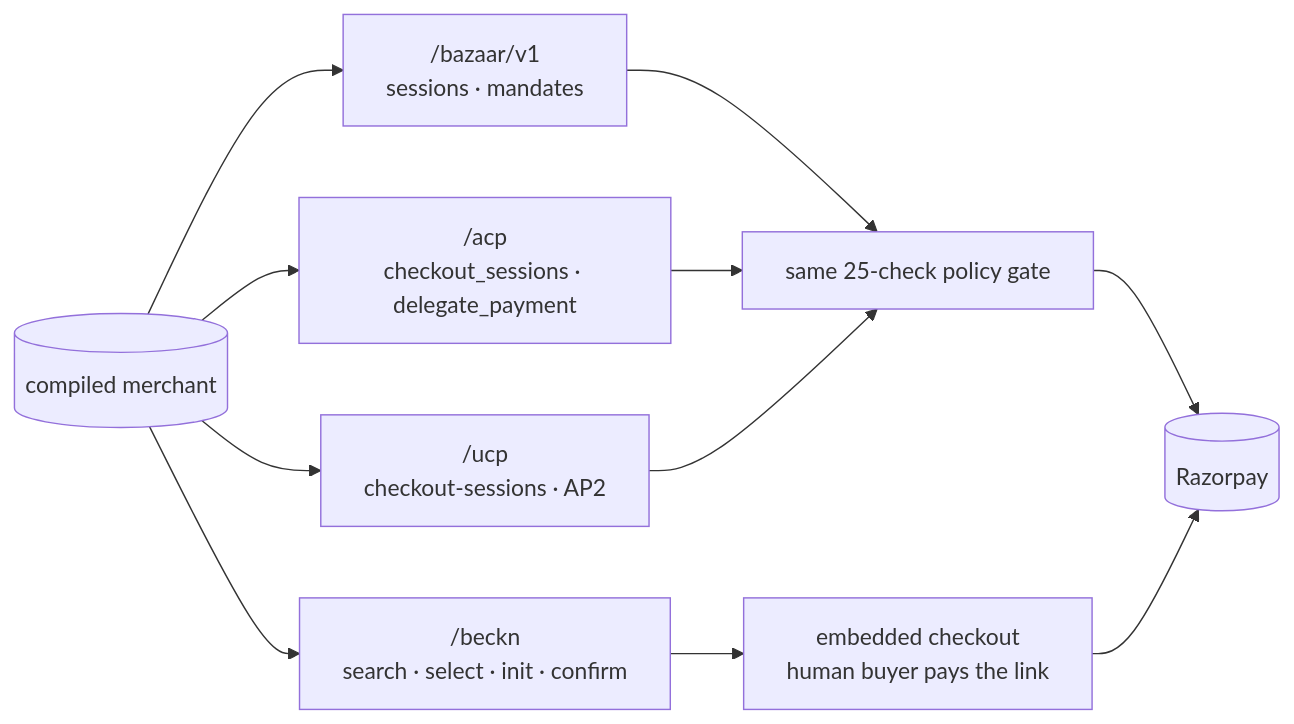
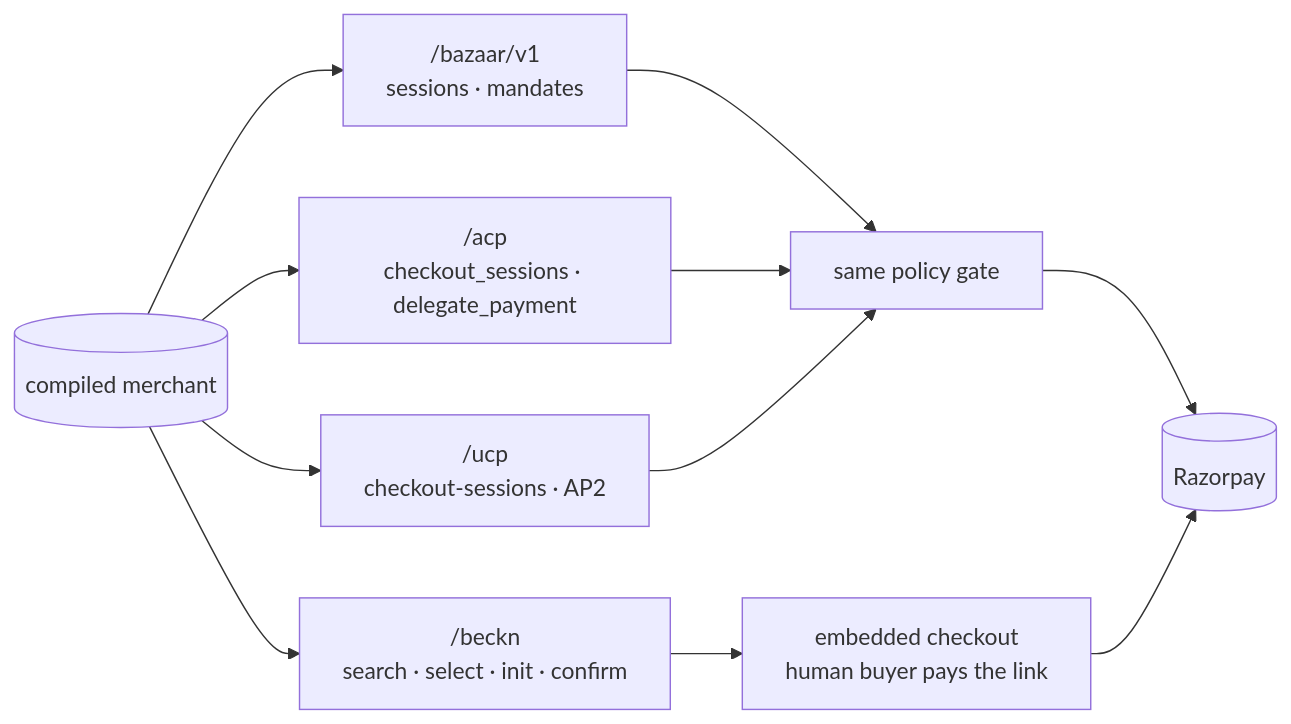
Before and after one commit to abhay-codes07/bazaar: the fifth of 5 diagrams in README.md, drawn with Mermaid. The commit also changed other lines of this file and 22 other files, not shown here.

````diff
--- a/README.md
+++ b/README.md
@@ -126,11 +126,11 @@
 ```mermaid
 flowchart LR
   M[(compiled merchant)]
   M --> A["/bazaar/v1<br/>sessions · mandates"]
   M --> B["/acp<br/>checkout_sessions · delegate_payment"]
   M --> C["/ucp<br/>checkout-sessions · AP2"]
   M --> D["/beckn<br/>search · select · init · confirm"]
-  A & B & C --> P[same 25-check policy gate]
+  A & B & C --> P[same policy gate]
   D --> E[embedded checkout<br/>human buyer pays the link]
   P & E --> R[(Razorpay)]
 ```
````
